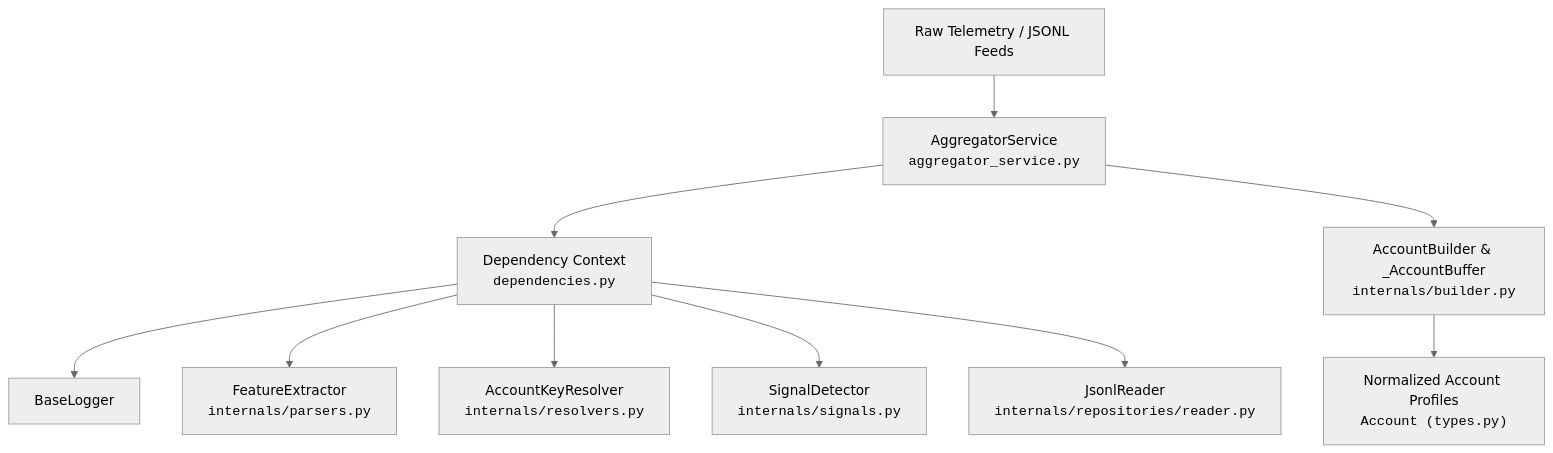
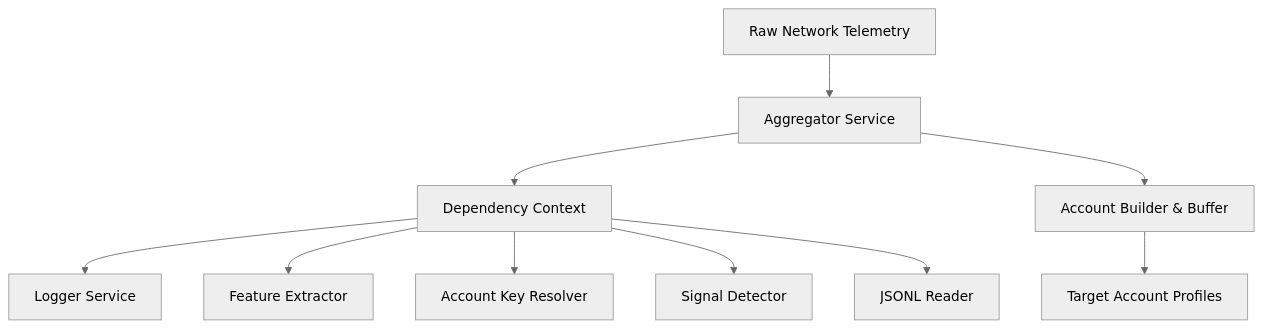
One commit to dev-anuj007/cyber_intel changed the first of 4 diagrams in backend/src/services/aggregator/README.md. Above: the diagram before and after it, drawn with Mermaid (neutral theme). The commit also changed other lines of this file, not shown here.

Commit message:
chore: clean up for aggregator service

````diff
--- a/backend/src/services/aggregator/README.md
+++ b/backend/src/services/aggregator/README.md
@@ -11,12 +11,12 @@
 ```mermaid
 flowchart TD
-    Ingest["Raw Telemetry / JSONL Feeds"] --> Svc["AggregatorService<br/><code>aggregator_service.py</code>"]
-    Svc --> Ctx["Dependency Context<br/><code>dependencies.py</code>"]
-    Ctx --> Logger["BaseLogger"]
-    Ctx --> Extractor["FeatureExtractor<br/><code>internals/parsers.py</code>"]
-    Ctx --> Resolver["AccountKeyResolver<br/><code>internals/resolvers.py</code>"]
-    Ctx --> Detector["SignalDetector<br/><code>internals/signals.py</code>"]
-    Ctx --> Reader["JsonlReader<br/><code>internals/repositories/reader.py</code>"]
-    Svc --> Builder["AccountBuilder & _AccountBuffer<br/><code>internals/builder.py</code>"]
-    Builder --> Output["Normalized Account Profiles<br/><code>Account (types.py)</code>"]
+    Ingest["Raw Network Telemetry"] --> Svc["Aggregator Service"]
+    Svc --> Ctx["Dependency Context"]
+    Ctx --> Logger["Logger Service"]
+    Ctx --> Extractor["Feature Extractor"]
+    Ctx --> Resolver["Account Key Resolver"]
+    Ctx --> Detector["Signal Detector"]
+    Ctx --> Reader["JSONL Reader"]
+    Svc --> Builder["Account Builder & Buffer"]
+    Builder --> Output["Target Account Profiles"]
 ```
````
